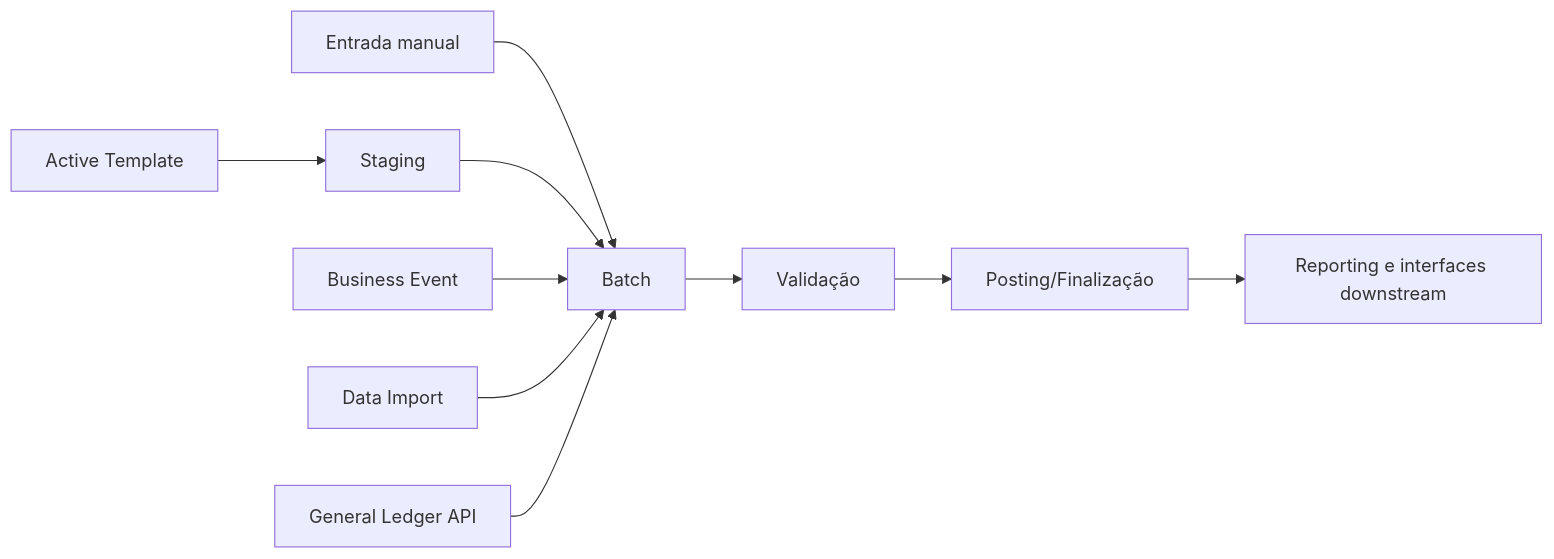
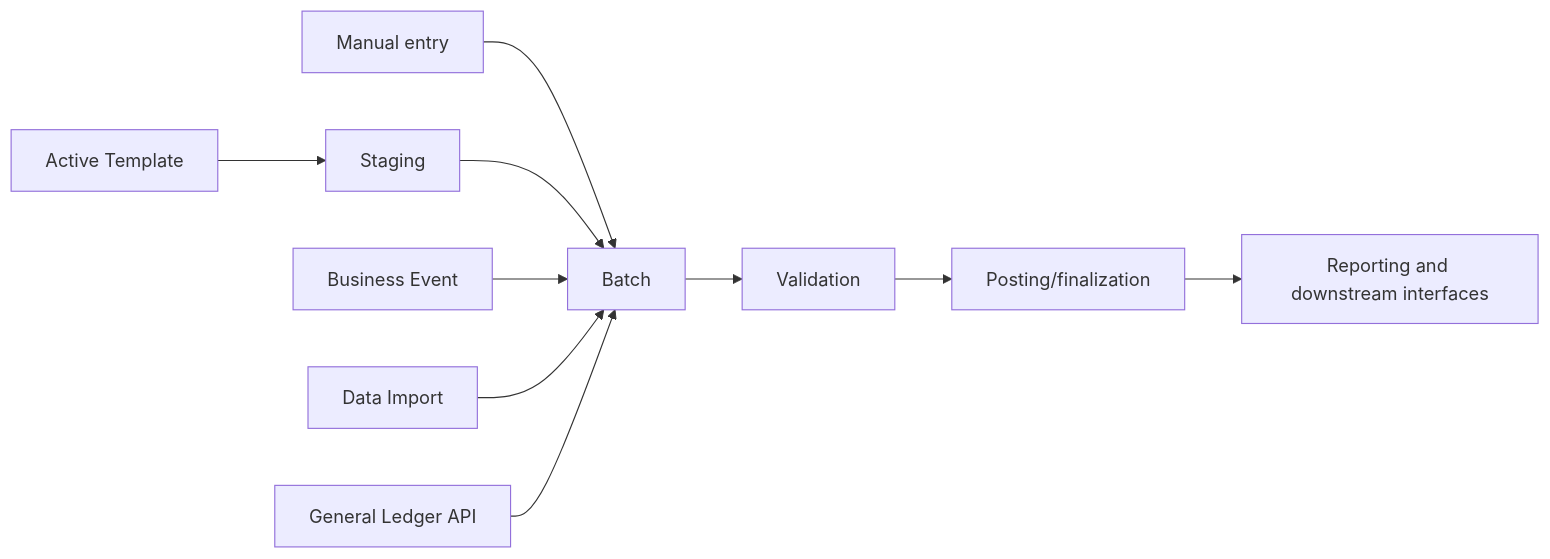
Before and after one commit to msekimoto/investran: the second of 2 diagrams in docs/dominio/03-ciclo-contabil-e-batches.md, drawn with Mermaid. The commit also changed other lines of this file and 52 other files, not shown here.

````diff
--- a/docs/dominio/03-ciclo-contabil-e-batches.md
+++ b/docs/dominio/03-ciclo-contabil-e-batches.md
@@ -33,11 +25,11 @@
 ```mermaid
 flowchart LR
-    M[Entrada manual] --> B[Batch]
+    M[Manual entry] --> B[Batch]
     AT[Active Template] --> ST[Staging] --> B
     BE[Business Event] --> B
     DI[Data Import] --> B
     API[General Ledger API] --> B
-    B --> V[Validação]
-    V --> P[Posting/Finalização]
-    P --> RW[Reporting e interfaces downstream]
+    B --> V[Validation]
+    V --> P[Posting/finalization]
+    P --> RW[Reporting and downstream interfaces]
 ```
````
